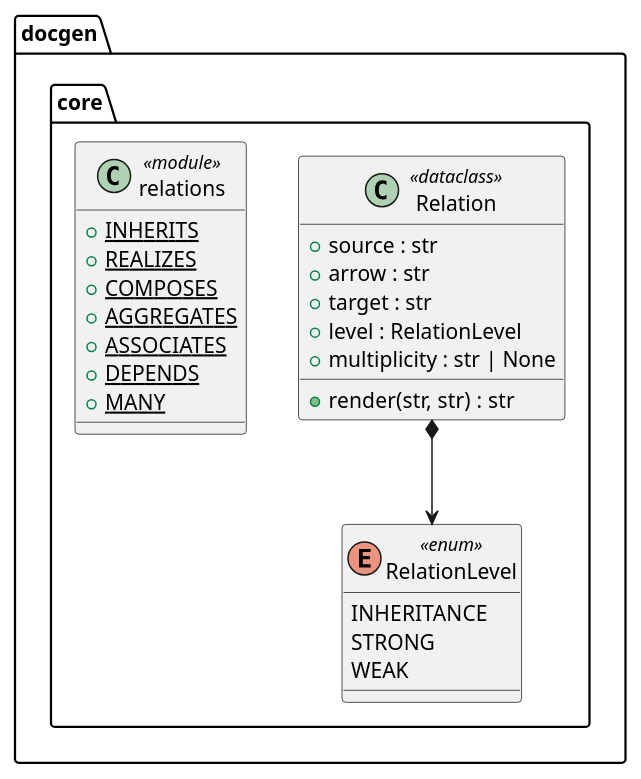
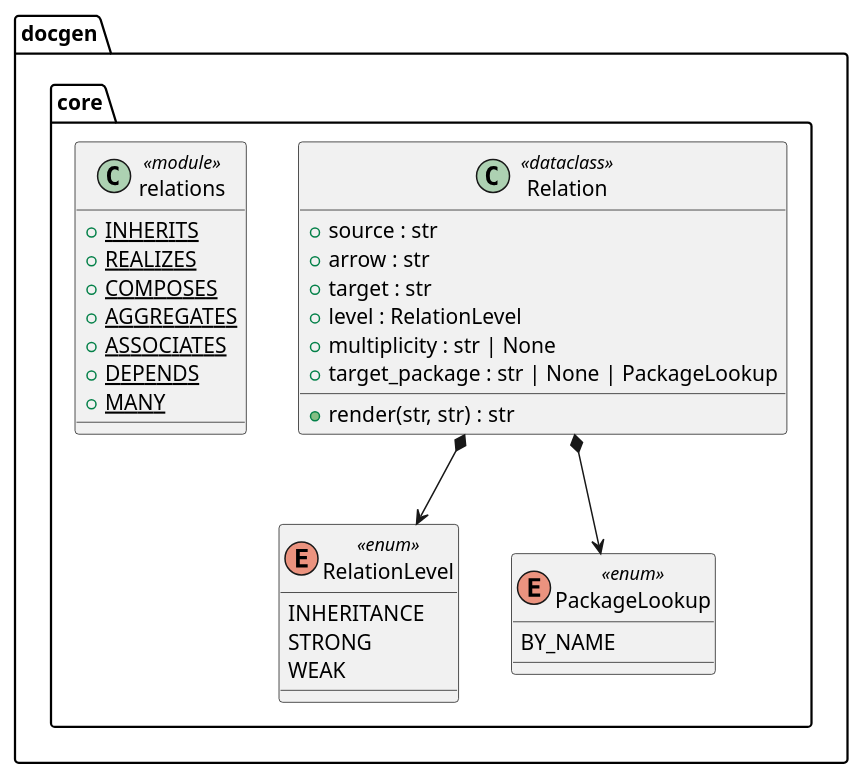
The diagram in docs/Modelisation/Fragments-Full/docgen/core/relations.puml (Boulede987/DocGeneration), drawn with PlantUML before and after one commit. The commit also changed 100 other files, not shown here.

```diff
--- a/docs/Modelisation/Fragments-Full/docgen/core/relations.puml
+++ b/docs/Modelisation/Fragments-Full/docgen/core/relations.puml
@@ -1,26 +1,31 @@
 namespace docgen.core {
 enum RelationLevel <<enum>> {
   INHERITANCE
   STRONG
   WEAK
+}
+enum PackageLookup <<enum>> {
+  BY_NAME
 }
 class Relation <<dataclass>> {
   + source : str
   + arrow : str
   + target : str
   + level : RelationLevel
   + multiplicity : str | None
+  + target_package : str | None | PackageLookup
   + render(str, str) : str
 }
 class relations <<module>> {
   + {static} INHERITS
   + {static} REALIZES
   + {static} COMPOSES
   + {static} AGGREGATES
   + {static} ASSOCIATES
   + {static} DEPENDS
   + {static} MANY
 }
 }
 
+docgen.core.Relation *--> docgen.core.PackageLookup
 docgen.core.Relation *--> docgen.core.RelationLevel
```
